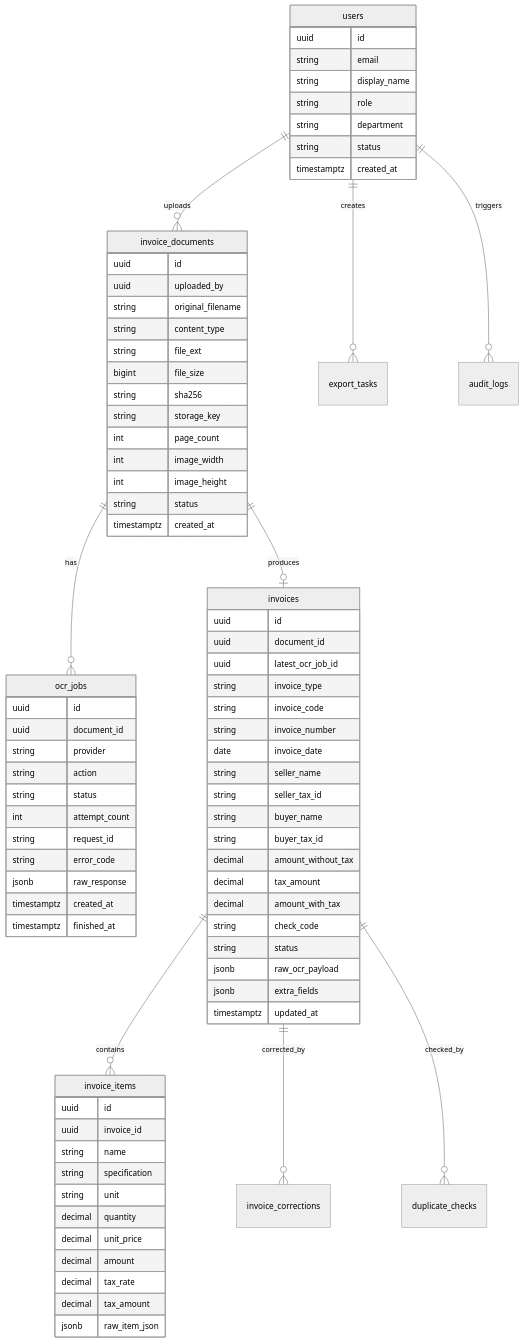
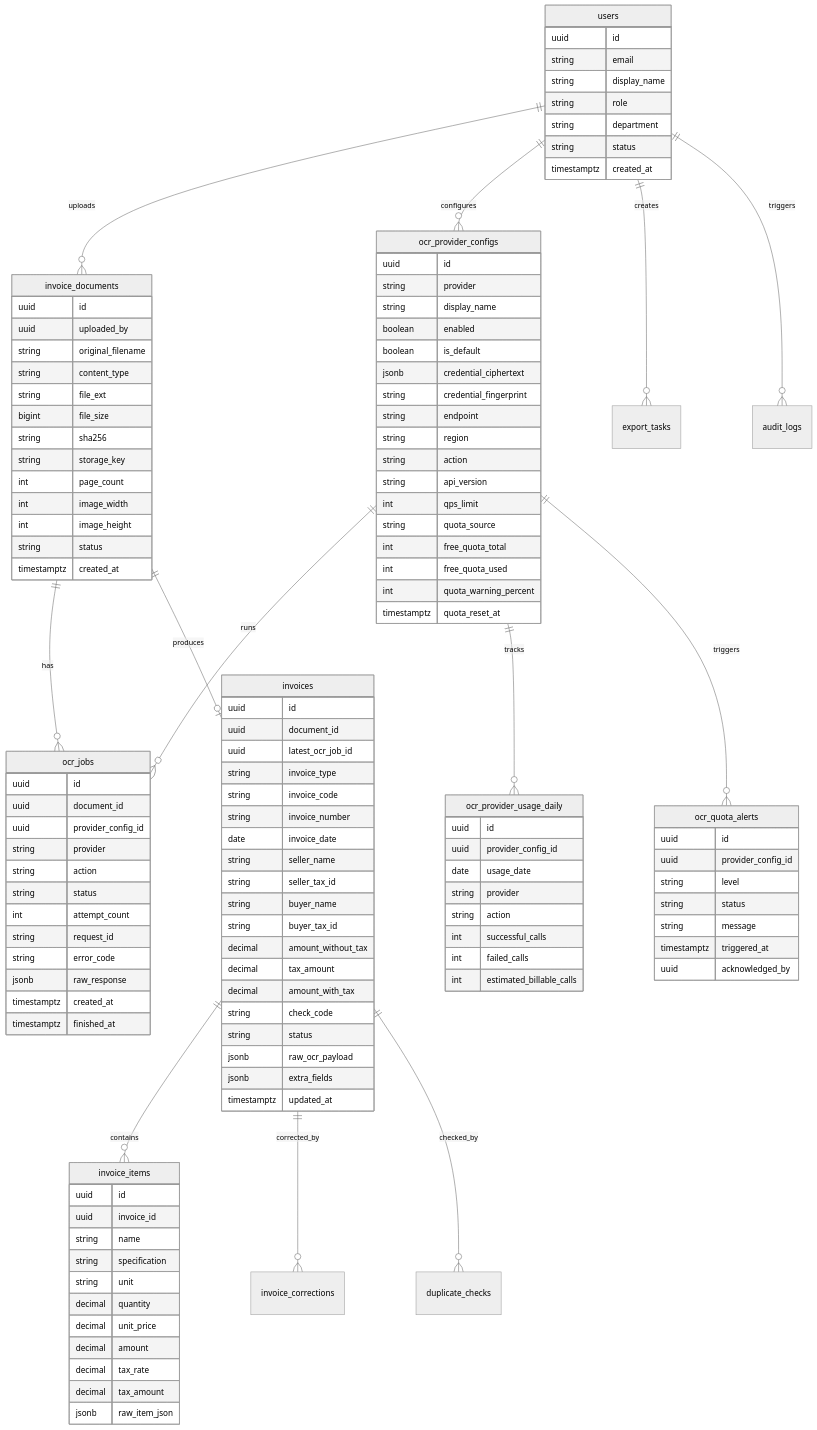
Before and after one commit to suyh1/invoice-manage: the diagram in docs/design/02-api-data-model.md, drawn with Mermaid (neutral theme). The commit also changed other lines of this file and 7 other files, not shown here.

Commit message:
docs: revise OCR provider configuration design

````diff
--- a/docs/design/02-api-data-model.md
+++ b/docs/design/02-api-data-model.md
@@ -9,7 +9,11 @@
 ```mermaid
 erDiagram
   users ||--o{ invoice_documents : uploads
+  users ||--o{ ocr_provider_configs : configures
   invoice_documents ||--o{ ocr_jobs : has
+  ocr_provider_configs ||--o{ ocr_jobs : runs
+  ocr_provider_configs ||--o{ ocr_provider_usage_daily : tracks
+  ocr_provider_configs ||--o{ ocr_quota_alerts : triggers
   invoice_documents ||--o| invoices : produces
   invoices ||--o{ invoice_items : contains
   invoices ||--o{ invoice_corrections : corrected_by
@@ -46,6 +50,7 @@
   ocr_jobs {
     uuid id
     uuid document_id
+    uuid provider_config_id
     string provider
     string action
     string status
@@ -55,6 +60,47 @@
     jsonb raw_response
     timestamptz created_at
     timestamptz finished_at
+  }
+
+  ocr_provider_configs {
+    uuid id
+    string provider
+    string display_name
+    boolean enabled
+    boolean is_default
+    jsonb credential_ciphertext
+    string credential_fingerprint
+    string endpoint
+    string region
+    string action
+    string api_version
+    int qps_limit
+    string quota_source
+    int free_quota_total
+    int free_quota_used
+    int quota_warning_percent
+    timestamptz quota_reset_at
+  }
+
+  ocr_provider_usage_daily {
+    uuid id
+    uuid provider_config_id
+    date usage_date
+    string provider
+    string action
+    int successful_calls
+    int failed_calls
+    int estimated_billable_calls
+  }
+
+  ocr_quota_alerts {
+    uuid id
+    uuid provider_config_id
+    string level
+    string status
+    string message
+    timestamptz triggered_at
+    uuid acknowledged_by
   }
 
   invoices {
````
